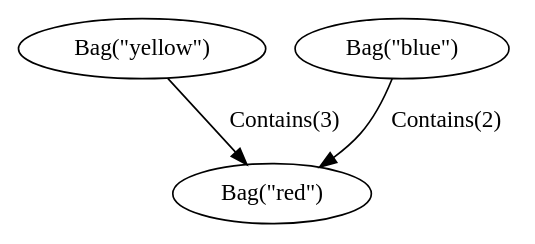
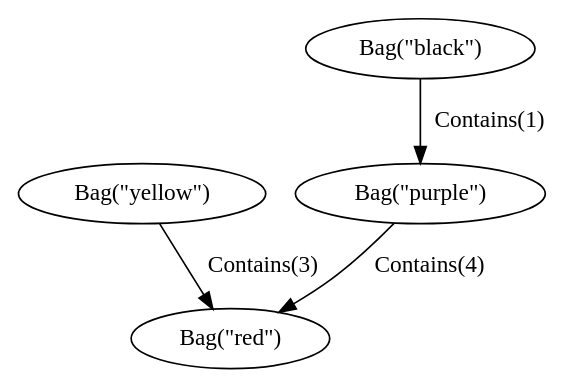
The diagram in day07/g.dot (aatifsyed/advent-of-code-2020), drawn with Graphviz before and after one commit. The commit also changed 3 other files, not shown here.

```diff
--- a/day07/g.dot
+++ b/day07/g.dot
@@ -1,7 +1,9 @@
 digraph {
     0 [ label = "Bag(\"yellow\")" ]
-    1 [ label = "Bag(\"red\")" ]
-    2 [ label = "Bag(\"blue\")" ]
-    0 -> 1 [ label = "Contains(3)" ]
-    2 -> 1 [ label = "Contains(2)" ]
+    1 [ label = "Bag(\"black\")" ]
+    2 [ label = "Bag(\"purple\")" ]
+    3 [ label = "Bag(\"red\")" ]
+    1 -> 2 [ label = "Contains(1)" ]
+    0 -> 3 [ label = "Contains(3)" ]
+    2 -> 3 [ label = "Contains(4)" ]
 }
```
